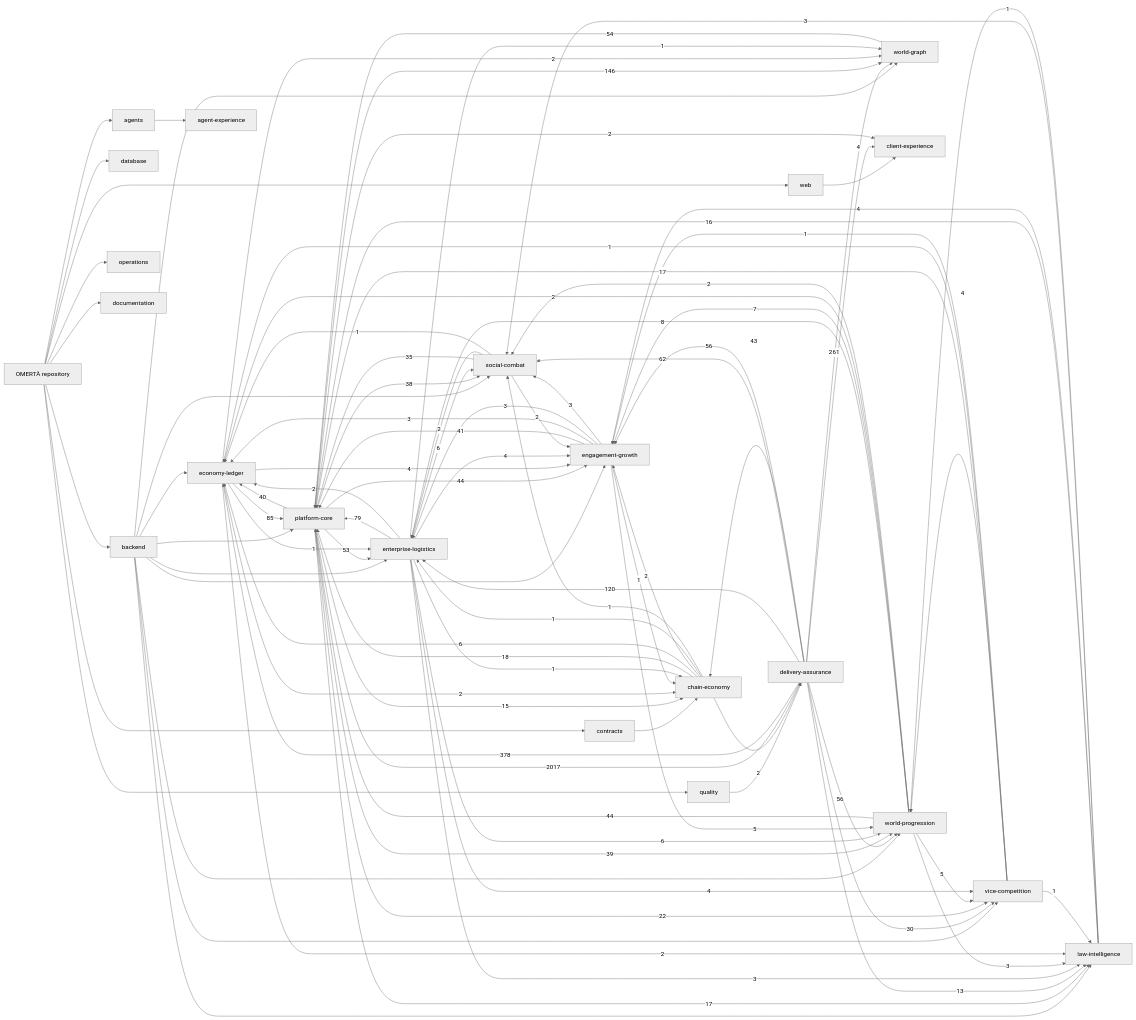
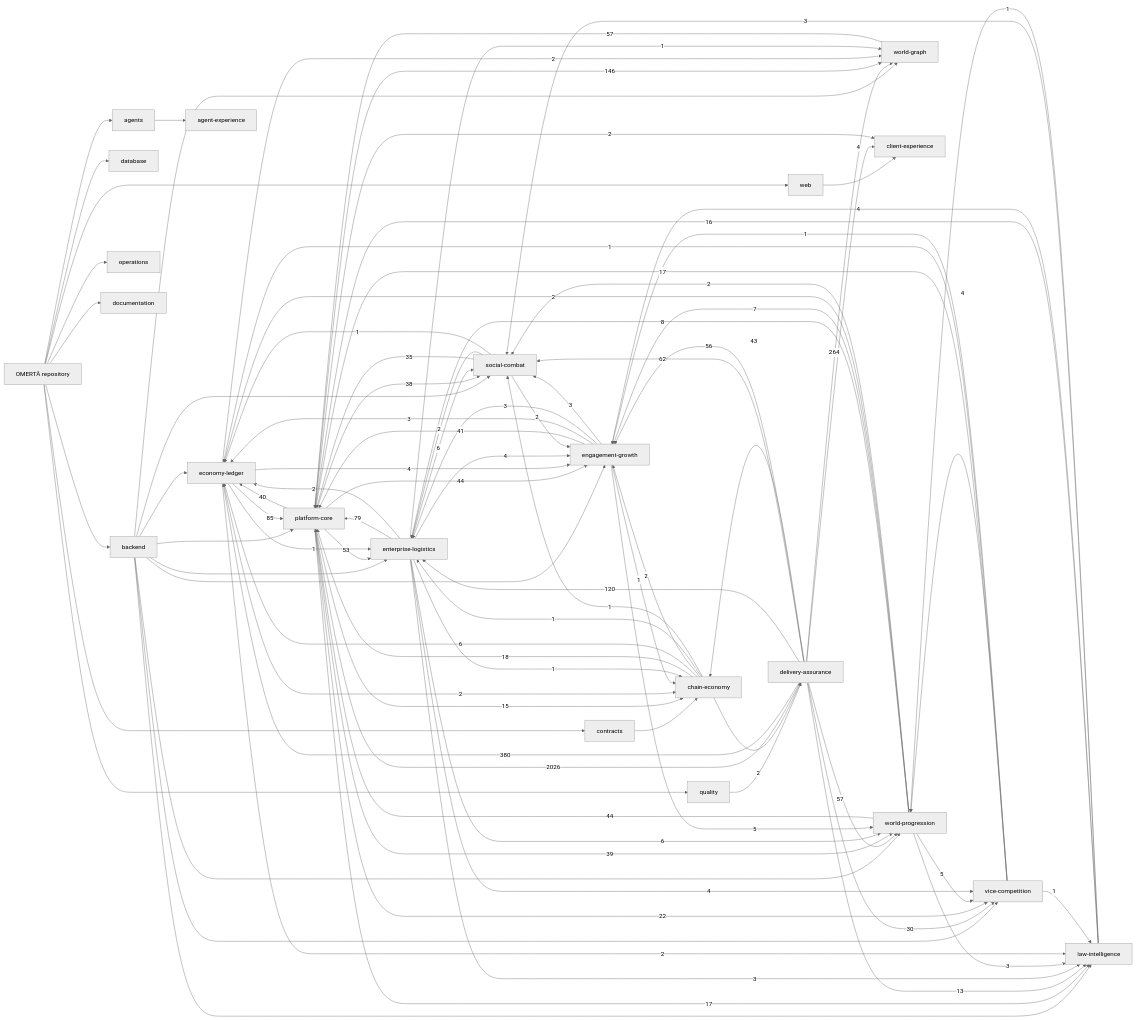
One commit to OmertaDev/Omerta changed the diagram in knowledge/generated/graph.mmd. Above: the diagram before and after it, drawn with Mermaid (neutral theme). The commit also changed 8 other files, not shown here.

```diff
--- a/knowledge/generated/graph.mmd
+++ b/knowledge/generated/graph.mmd
@@ -1,113 +1,113 @@
 flowchart LR
   repo["OMERTÀ repository"]
   sub_backend["backend"]
   repo --> sub_backend
   sub_database["database"]
   repo --> sub_database
   sub_web["web"]
   repo --> sub_web
   sub_contracts["contracts"]
   repo --> sub_contracts
   sub_agents["agents"]
   repo --> sub_agents
   sub_quality["quality"]
   repo --> sub_quality
   sub_operations["operations"]
   repo --> sub_operations
   sub_documentation["documentation"]
   repo --> sub_documentation
   dom_platform-core["platform-core"]
   dom_economy-ledger["economy-ledger"]
   dom_social-combat["social-combat"]
   dom_world-progression["world-progression"]
   dom_world-graph["world-graph"]
   dom_enterprise-logistics["enterprise-logistics"]
   dom_vice-competition["vice-competition"]
   dom_law-intelligence["law-intelligence"]
   dom_chain-economy["chain-economy"]
   dom_engagement-growth["engagement-growth"]
   dom_client-experience["client-experience"]
   dom_agent-experience["agent-experience"]
   dom_delivery-assurance["delivery-assurance"]
   sub_agents --> dom_agent-experience
   sub_backend --> dom_economy-ledger
   sub_backend --> dom_engagement-growth
   sub_backend --> dom_enterprise-logistics
   sub_backend --> dom_law-intelligence
   sub_backend --> dom_platform-core
   sub_backend --> dom_social-combat
   sub_backend --> dom_vice-competition
   sub_backend --> dom_world-graph
   sub_backend --> dom_world-progression
   sub_contracts --> dom_chain-economy
   sub_quality --> dom_delivery-assurance
   sub_web --> dom_client-experience
-  dom_delivery-assurance -->|2017| dom_platform-core
-  dom_delivery-assurance -->|378| dom_economy-ledger
-  dom_delivery-assurance -->|261| dom_world-graph
+  dom_delivery-assurance -->|2026| dom_platform-core
+  dom_delivery-assurance -->|380| dom_economy-ledger
+  dom_delivery-assurance -->|264| dom_world-graph
   dom_platform-core -->|146| dom_world-graph
   dom_delivery-assurance -->|120| dom_enterprise-logistics
   dom_economy-ledger -->|85| dom_platform-core
   dom_enterprise-logistics -->|79| dom_platform-core
   dom_delivery-assurance -->|62| dom_social-combat
+  dom_delivery-assurance -->|57| dom_world-progression
+  dom_world-graph -->|57| dom_platform-core
   dom_delivery-assurance -->|56| dom_engagement-growth
-  dom_delivery-assurance -->|56| dom_world-progression
-  dom_world-graph -->|54| dom_platform-core
   dom_platform-core -->|53| dom_enterprise-logistics
   dom_platform-core -->|44| dom_engagement-growth
   dom_world-progression -->|44| dom_platform-core
   dom_delivery-assurance -->|43| dom_chain-economy
   dom_engagement-growth -->|41| dom_platform-core
   dom_platform-core -->|40| dom_economy-ledger
   dom_platform-core -->|39| dom_world-progression
   dom_platform-core -->|38| dom_social-combat
   dom_social-combat -->|35| dom_platform-core
   dom_delivery-assurance -->|30| dom_vice-competition
   dom_platform-core -->|22| dom_vice-competition
   dom_chain-economy -->|18| dom_platform-core
   dom_platform-core -->|17| dom_law-intelligence
   dom_vice-competition -->|17| dom_platform-core
   dom_law-intelligence -->|16| dom_platform-core
   dom_platform-core -->|15| dom_chain-economy
   dom_delivery-assurance -->|13| dom_law-intelligence
   dom_world-progression -->|8| dom_enterprise-logistics
   dom_world-progression -->|7| dom_engagement-growth
   dom_chain-economy -->|6| dom_economy-ledger
   dom_enterprise-logistics -->|6| dom_social-combat
   dom_enterprise-logistics -->|6| dom_world-progression
   dom_engagement-growth -->|5| dom_world-progression
   dom_world-progression -->|5| dom_vice-competition
   dom_delivery-assurance -->|4| dom_client-experience
   dom_economy-ledger -->|4| dom_engagement-growth
   dom_enterprise-logistics -->|4| dom_engagement-growth
   dom_enterprise-logistics -->|4| dom_vice-competition
   dom_law-intelligence -->|4| dom_engagement-growth
   dom_vice-competition -->|4| dom_world-progression
   dom_engagement-growth -->|3| dom_economy-ledger
   dom_engagement-growth -->|3| dom_enterprise-logistics
   dom_engagement-growth -->|3| dom_social-combat
   dom_enterprise-logistics -->|3| dom_law-intelligence
   dom_law-intelligence -->|3| dom_social-combat
   dom_world-progression -->|3| dom_law-intelligence
   dom_chain-economy -->|2| dom_delivery-assurance
   dom_chain-economy -->|2| dom_engagement-growth
   dom_economy-ledger -->|2| dom_chain-economy
   dom_economy-ledger -->|2| dom_law-intelligence
   dom_economy-ledger -->|2| dom_world-graph
   dom_enterprise-logistics -->|2| dom_economy-ledger
   dom_platform-core -->|2| dom_client-experience
   dom_social-combat -->|2| dom_engagement-growth
   dom_social-combat -->|2| dom_enterprise-logistics
   dom_world-progression -->|2| dom_economy-ledger
   dom_world-progression -->|2| dom_social-combat
   dom_chain-economy -->|1| dom_enterprise-logistics
   dom_chain-economy -->|1| dom_social-combat
   dom_economy-ledger -->|1| dom_enterprise-logistics
   dom_engagement-growth -->|1| dom_chain-economy
   dom_enterprise-logistics -->|1| dom_chain-economy
   dom_enterprise-logistics -->|1| dom_world-graph
   dom_law-intelligence -->|1| dom_world-progression
   dom_social-combat -->|1| dom_economy-ledger
   dom_vice-competition -->|1| dom_economy-ledger
   dom_vice-competition -->|1| dom_engagement-growth
   dom_vice-competition -->|1| dom_law-intelligence
```
